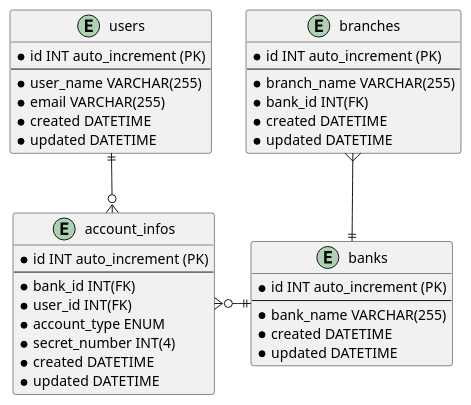
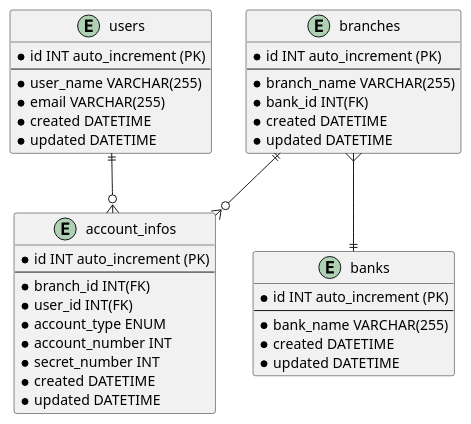
Before and after one commit to pdapsuke/oidc-tutorial: the diagram in doc/tables.pu, drawn with PlantUML. The commit also changed 7 other files, not shown here.

```diff
--- a/doc/tables.pu
+++ b/doc/tables.pu
@@ -1,43 +1,44 @@
 @startuml oidc_tutorial
 entity users {
   * id INT auto_increment (PK)
   ---
   * user_name VARCHAR(255)
   * email VARCHAR(255)
   * created DATETIME
   * updated DATETIME
 }
 
 entity account_infos {
   * id INT auto_increment (PK)
   ---
-  * bank_id INT(FK)
+  * branch_id INT(FK)
   * user_id INT(FK)
   * account_type ENUM
-  * secret_number INT(4)
+  * account_number INT
+  * secret_number INT
   * created DATETIME
   * updated DATETIME
 }
 
 entity banks {
   * id INT auto_increment (PK)
   ---
   * bank_name VARCHAR(255)
   * created DATETIME
   * updated DATETIME
 }
 
 entity branches {
   * id INT auto_increment (PK)
   ---
   * branch_name VARCHAR(255)
   * bank_id INT(FK)
   * created DATETIME
   * updated DATETIME
 }
 
 users ||--o{ account_infos
-account_infos }o-r-|| banks
+account_infos }o-u-|| branches
 banks ||-u-{ branches
 
 @enduml
```
